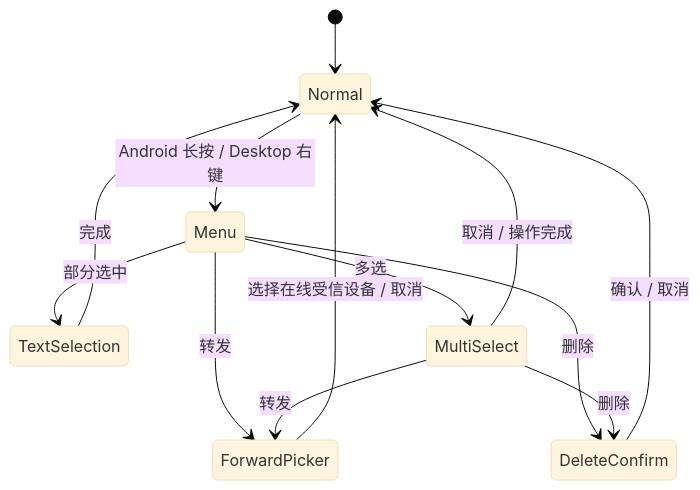
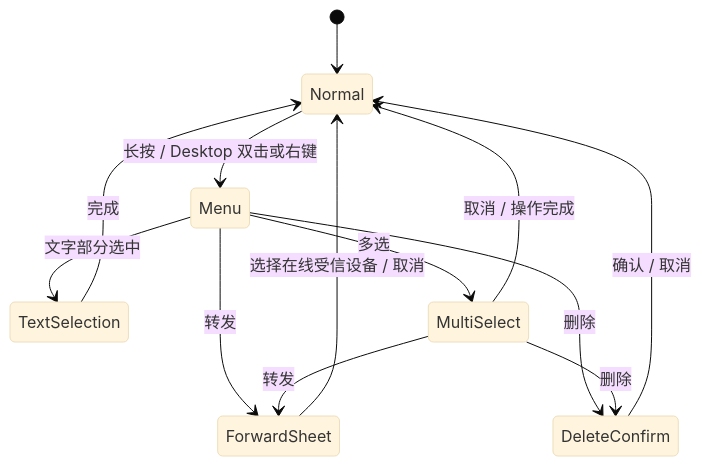
Before and after one commit to x2ink/subnetdrop: the diagram in docs/spec/message-actions-v1.md, drawn with Mermaid (base theme). The commit also changed other lines of this file and 38 other files, not shown here.

````diff
--- a/docs/spec/message-actions-v1.md
+++ b/docs/spec/message-actions-v1.md
@@ -22,15 +27,15 @@
 ```mermaid
 stateDiagram-v2
     [*] --> Normal
-    Normal --> Menu: Android 长按 / Desktop 右键
-    Menu --> TextSelection: 部分选中
-    Menu --> ForwardPicker: 转发
+    Normal --> Menu: 长按 / Desktop 双击或右键
+    Menu --> TextSelection: 文字部分选中
+    Menu --> ForwardSheet: 转发
     Menu --> DeleteConfirm: 删除
     Menu --> MultiSelect: 多选
     TextSelection --> Normal: 完成
-    ForwardPicker --> Normal: 选择在线受信设备 / 取消
+    ForwardSheet --> Normal: 选择在线受信设备 / 取消
     DeleteConfirm --> Normal: 确认 / 取消
-    MultiSelect --> ForwardPicker: 转发
+    MultiSelect --> ForwardSheet: 转发
     MultiSelect --> DeleteConfirm: 删除
     MultiSelect --> Normal: 取消 / 操作完成
 ```
````
